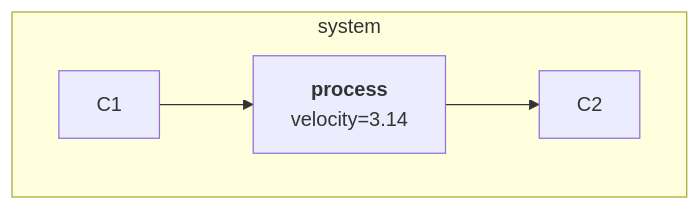
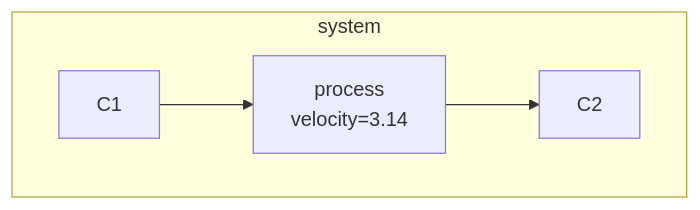
Before and after one commit to krisvanrens/nexus-lang: the diagram in README.md, drawn with Mermaid.

Commit message:
CHG: Fix diagram.

````diff
--- a/README.md
+++ b/README.md
@@ -22,8 +22,8 @@
 ```mermaid
 graph TD
     subgraph system
     C1 --> process
-    process["`**process**
-    velocity=3.14`"] --> C2
+    process["process
+    velocity=3.14"] --> C2
     end
 ```
````
